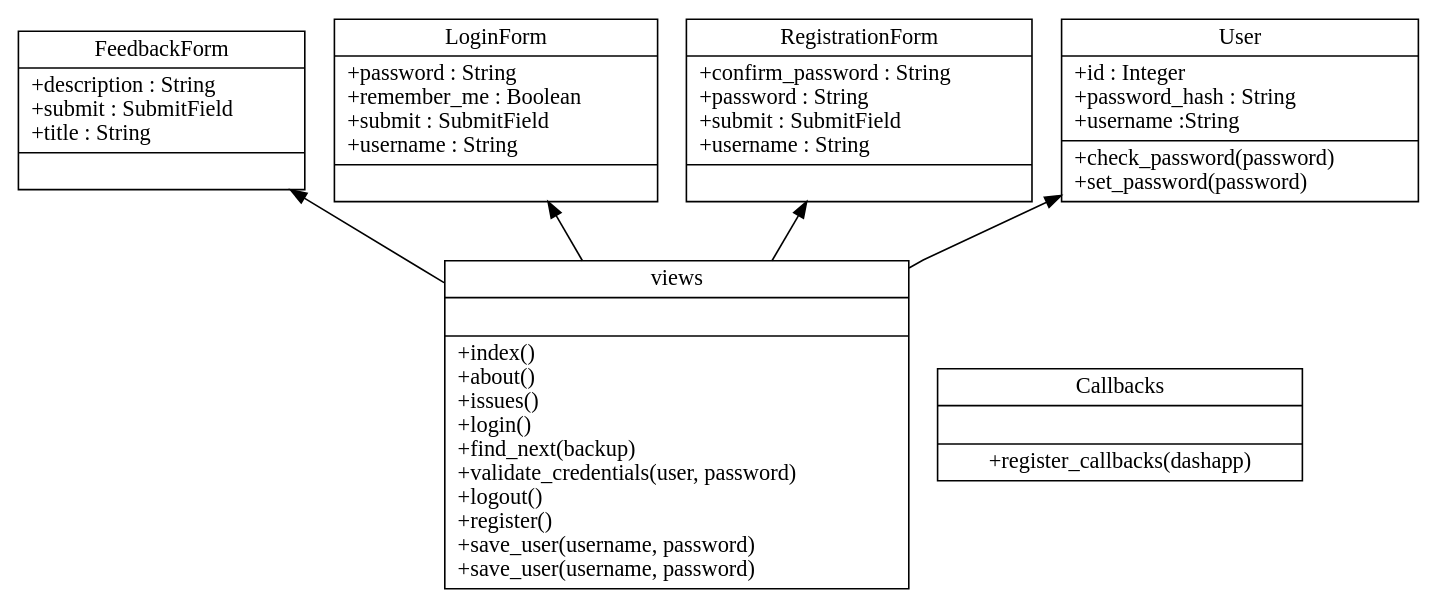
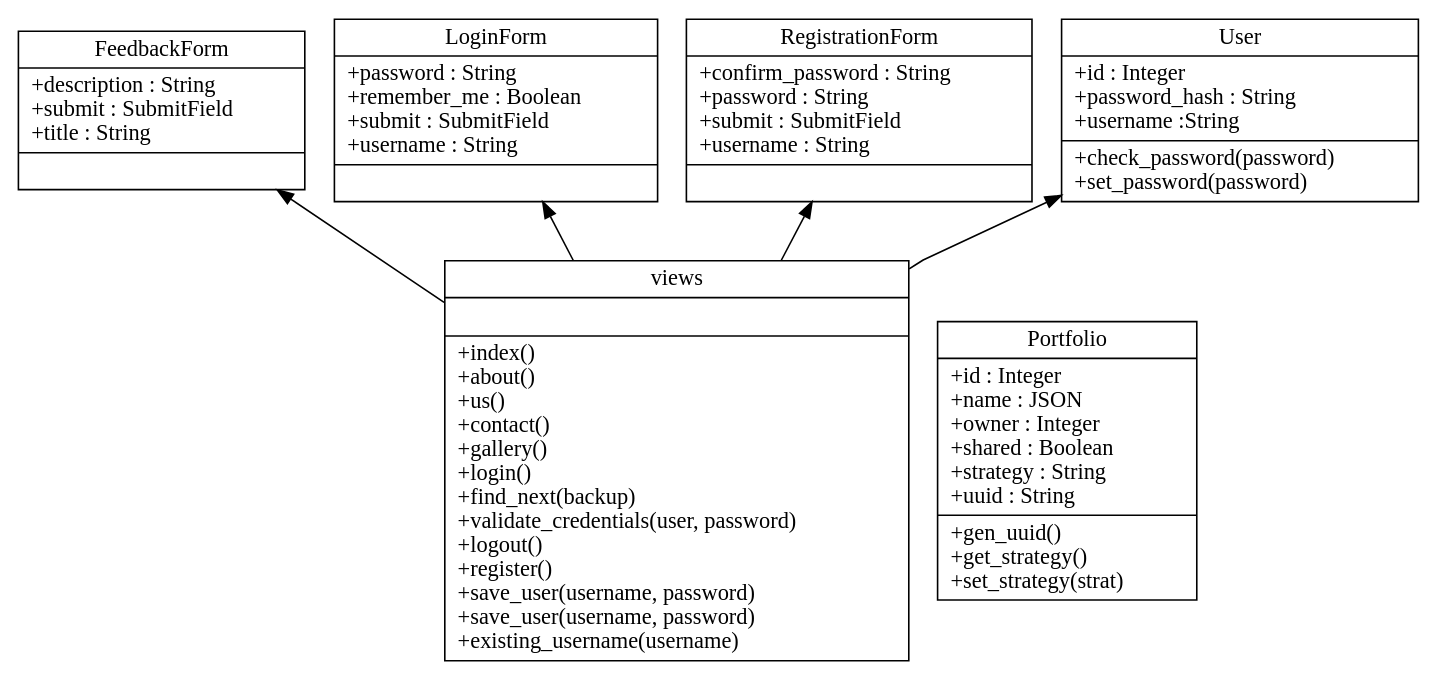
Before and after one commit to Veluga/Thalia-Backtesting-Tool: the diagram in Report/uml/classes_thalia.dot, drawn with Graphviz. The commit also changed 1 other file, not shown here.

```diff
--- a/Report/uml/classes_thalia.dot
+++ b/Report/uml/classes_thalia.dot
@@ -1,14 +1,16 @@
 digraph "classes_thalia" {
 charset="utf-8"
 rankdir=BT
 "0" [label="{FeedbackForm|+description : String\l+submit : SubmitField\l+title :  String\l|}", shape="record"];
 "1" [label="{LoginForm|+password :  String\l+remember_me : Boolean\l+submit : SubmitField\l+username : String\l|}", shape="record"];
 "2" [label="{RegistrationForm|+confirm_password :  String\l+password : String\l+submit : SubmitField\l+username :  String\l|}", shape="record"];
-"3" [label="{views|\l|+index()\l+about()\l+issues()\l+login()\l+find_next(backup)\l+validate_credentials(user, password)\l+logout()\l+register()\l+save_user(username, password)\l+save_user(username, password)\l}", shape="record"];
+"3" [label="{views|\l|+index()\l+about()\l+us()\l+contact()\l+gallery()\l+login()\l+find_next(backup)\l+validate_credentials(user, password)\l+logout()\l+register()\l+save_user(username, password)\l+save_user(username, password)\l+existing_username(username)\l}", shape="record"];
 "4" [label="{User|+id : Integer\l+password_hash : String\l+username :String\l|+check_password(password)\l+set_password(password)\l}", shape="record"];
-"5" [label="{Callbacks|\l|+register_callbacks(dashapp)}", shape="record"]
+// "5" [label="{Callbacks|\l|+register_callbacks(dashapp)}", shape="record"]
+"6" [label="{Portfolio|+id : Integer\l+name : JSON\l+owner : Integer\l+shared : Boolean\l+strategy : String\l+uuid : String\l|+gen_uuid()\l+get_strategy()\l+set_strategy(strat)\l}", shape="record"];
+
 "3" -> "1" [arrowhead="normal", arrowtail="none", style="solid"];
 "3" -> "0" [arrowhead="normal", arrowtail="none", style="solid"];
 "3" -> "2" [arrowhead="normal", arrowtail="none", style="solid"];
 "3" -> "4" [arrowhead="normal", arrowtail="none", style="solid"];
 }
```
